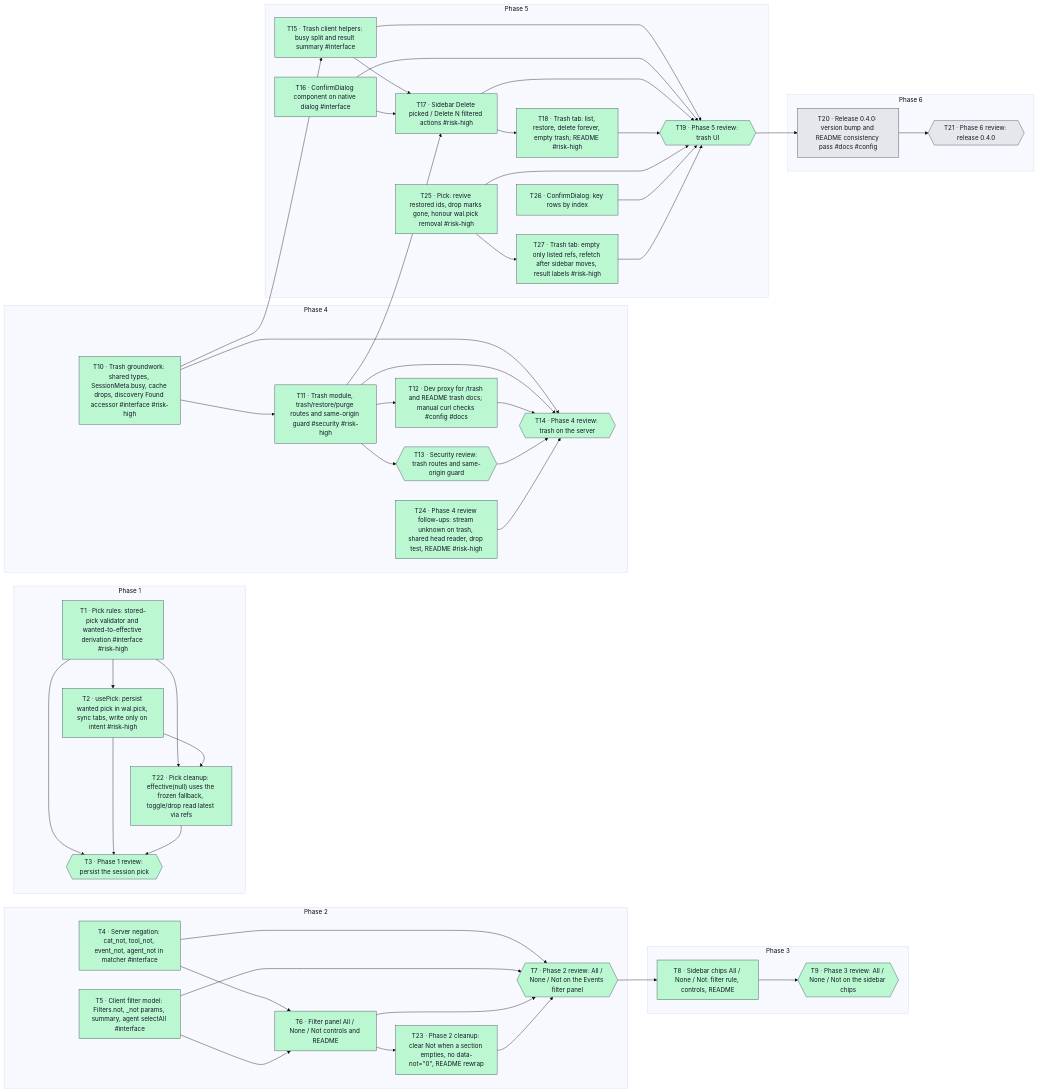
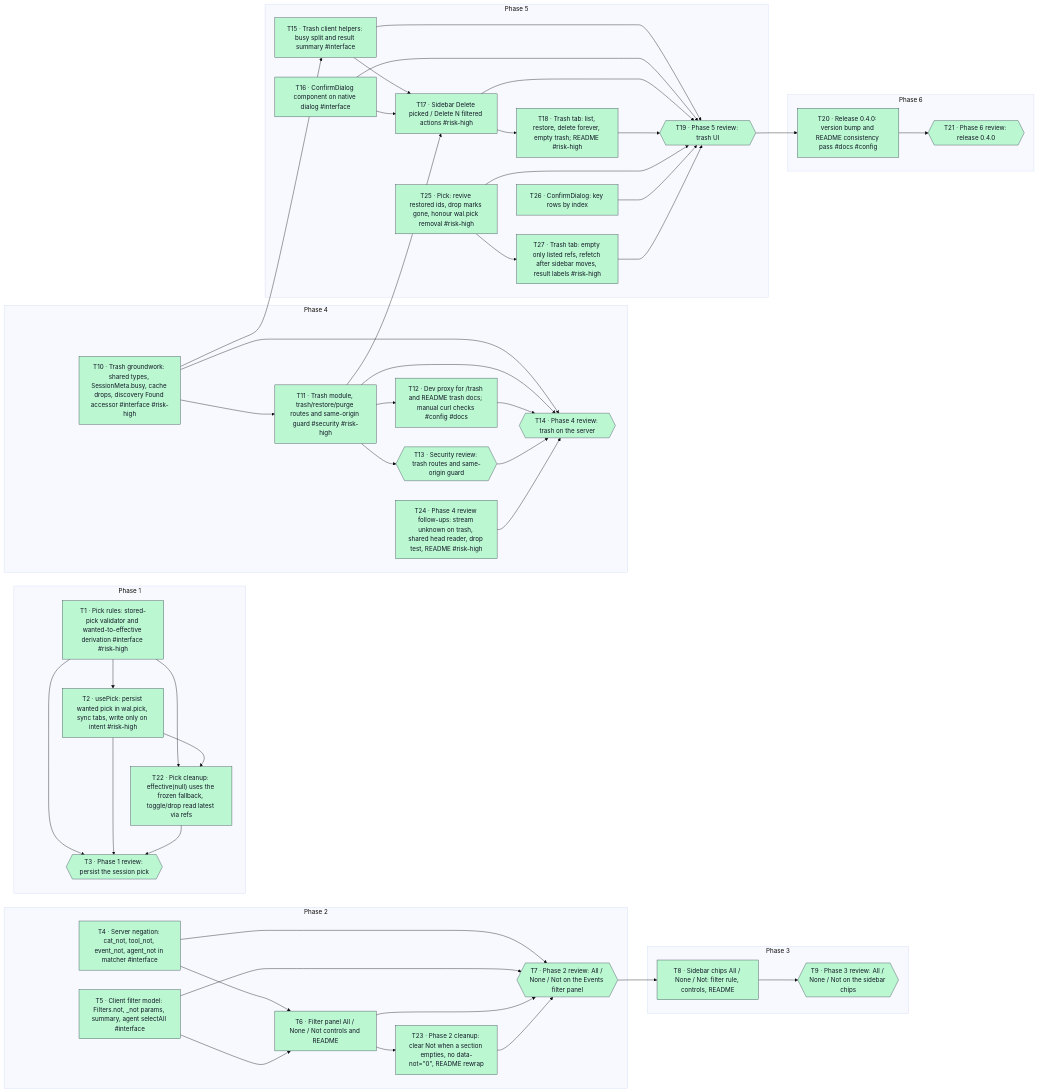
The diagram in .ai/changes/wal-observer-pick-persist-trash-filter-negation/graph.mmd (raqs31/claude-wal-session-viewer), drawn with Mermaid (base theme) before and after one commit. The commit also changed 9 other files, not shown here.

```diff
--- a/.ai/changes/wal-observer-pick-persist-trash-filter-negation/graph.mmd
+++ b/.ai/changes/wal-observer-pick-persist-trash-filter-negation/graph.mmd
@@ -1,112 +1,112 @@
 flowchart LR
   classDef todo fill:#e5e7eb,stroke:#374151,color:#111827
   classDef in_progress fill:#bfdbfe,stroke:#374151,color:#111827
   classDef review fill:#ddd6fe,stroke:#374151,color:#111827
   classDef blocked fill:#fecaca,stroke:#374151,color:#111827
   classDef user_review fill:#fde68a,stroke:#374151,color:#111827
   classDef done fill:#bbf7d0,stroke:#374151,color:#111827
   classDef declined fill:#f3f4f6,stroke:#374151,color:#111827
   subgraph phase_1["Phase 1"]
     T1["T1 · Pick rules: stored-pick validator and wanted-to-effective derivation #interface #risk-high"]
     T2["T2 · usePick: persist wanted pick in wal.pick, sync tabs, write only on intent #risk-high"]
     T3{{"T3 · Phase 1 review: persist the session pick"}}
     T22["T22 · Pick cleanup: effective(null) uses the frozen fallback, toggle/drop read latest via refs"]
   end
   subgraph phase_2["Phase 2"]
     T4["T4 · Server negation: cat_not, tool_not, event_not, agent_not in matcher #interface"]
     T5["T5 · Client filter model: Filters.not, _not params, summary, agent selectAll #interface"]
     T6["T6 · Filter panel All / None / Not controls and README"]
     T7{{"T7 · Phase 2 review: All / None / Not on the Events filter panel"}}
     T23["T23 · Phase 2 cleanup: clear Not when a section empties, no data-not=#quot;0#quot;, README rewrap"]
   end
   subgraph phase_3["Phase 3"]
     T8["T8 · Sidebar chips All / None / Not: filter rule, controls, README"]
     T9{{"T9 · Phase 3 review: All / None / Not on the sidebar chips"}}
   end
   subgraph phase_4["Phase 4"]
     T10["T10 · Trash groundwork: shared types, SessionMeta.busy, cache drops, discovery Found accessor #interface #risk-high"]
     T11["T11 · Trash module, trash/restore/purge routes and same-origin guard #security #risk-high"]
     T12["T12 · Dev proxy for /trash and README trash docs; manual curl checks #config #docs"]
     T13{{"T13 · Security review: trash routes and same-origin guard"}}
     T14{{"T14 · Phase 4 review: trash on the server"}}
     T24["T24 · Phase 4 review follow-ups: stream unknown on trash, shared head reader, drop test, README #risk-high"]
   end
   subgraph phase_5["Phase 5"]
     T15["T15 · Trash client helpers: busy split and result summary #interface"]
     T16["T16 · ConfirmDialog component on native dialog #interface"]
     T17["T17 · Sidebar Delete picked / Delete N filtered actions #risk-high"]
     T18["T18 · Trash tab: list, restore, delete forever, empty trash; README #risk-high"]
     T19{{"T19 · Phase 5 review: trash UI"}}
     T25["T25 · Pick: revive restored ids, drop marks gone, honour wal.pick removal #risk-high"]
     T26["T26 · ConfirmDialog: key rows by index"]
     T27["T27 · Trash tab: empty only listed refs, refetch after sidebar moves, result labels #risk-high"]
   end
   subgraph phase_6["Phase 6"]
     T20["T20 · Release 0.4.0: version bump and README consistency pass #docs #config"]
     T21{{"T21 · Phase 6 review: release 0.4.0"}}
   end
   T1 --> T2
   T1 --> T3
   T1 --> T22
   T2 --> T3
   T2 --> T22
   T4 --> T6
   T4 --> T7
   T5 --> T6
   T5 --> T7
   T6 --> T7
   T6 --> T23
   T7 --> T8
   T8 --> T9
   T10 --> T11
   T10 --> T14
   T10 --> T15
   T11 --> T12
   T11 --> T13
   T11 --> T14
   T11 --> T17
   T12 --> T14
   T13 --> T14
   T15 --> T17
   T15 --> T19
   T16 --> T17
   T16 --> T19
   T17 --> T18
   T17 --> T19
   T18 --> T19
   T19 --> T20
   T20 --> T21
   T22 --> T3
   T23 --> T7
   T24 --> T14
   T25 --> T19
   T25 --> T27
   T26 --> T19
   T27 --> T19
   class T1 done
   class T2 done
   class T3 done
   class T4 done
   class T5 done
   class T6 done
   class T7 done
   class T8 done
   class T9 done
   class T10 done
   class T11 done
   class T12 done
   class T13 done
   class T14 done
   class T15 done
   class T16 done
   class T17 done
   class T18 done
   class T19 done
-  class T20 todo
-  class T21 todo
+  class T20 done
+  class T21 done
   class T22 done
   class T23 done
   class T24 done
   class T25 done
   class T26 done
   class T27 done
```
